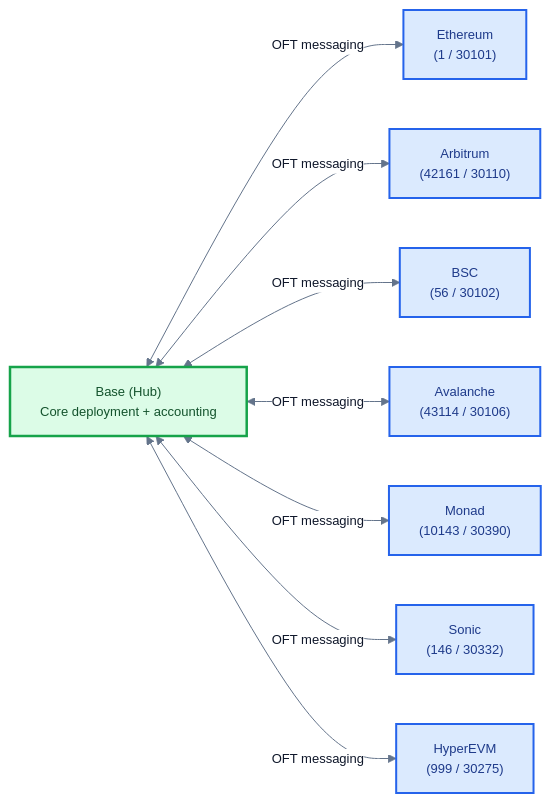
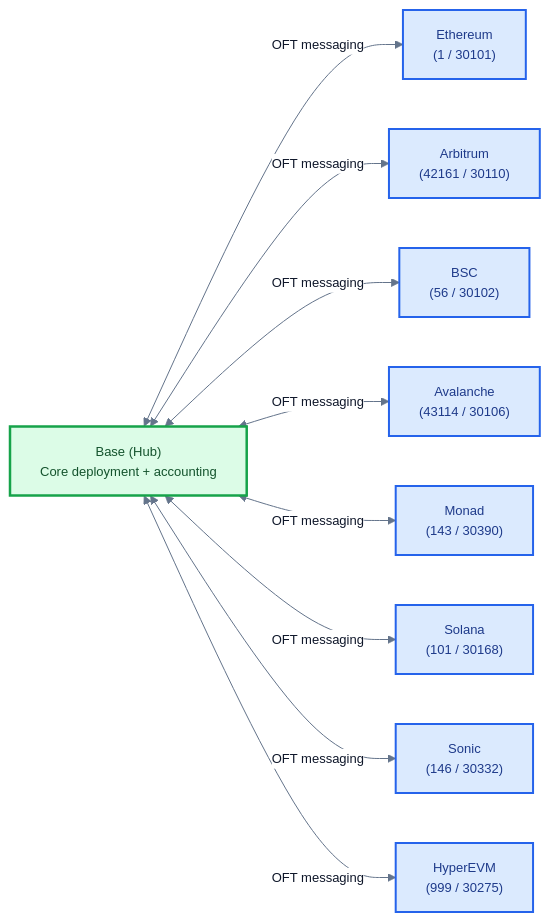
Before and after one commit to 4626fun/4626: the fourth of 4 diagrams in docs/_generated/contracts/src/README.md, drawn with Mermaid. The commit also changed other lines of this file and 59 other files, not shown here.

````diff
--- a/docs/_generated/contracts/src/README.md
+++ b/docs/_generated/contracts/src/README.md
@@ -194,26 +194,28 @@
 ```mermaid
 %%{init: {"theme":"base","themeVariables":{"fontFamily":"Inter, ui-sans-serif, system-ui","fontSize":"13px","lineColor":"#64748B","primaryColor":"#FFFFFF","primaryTextColor":"#0F172A"}}}%%
 flowchart LR
   Base["Base (Hub)\nCore deployment + accounting"]
 
   Eth["Ethereum\n(1 / 30101)"]
   Arb["Arbitrum\n(42161 / 30110)"]
   BSC["BSC\n(56 / 30102)"]
   Avax["Avalanche\n(43114 / 30106)"]
-  Monad["Monad\n(10143 / 30390)"]
+  Monad["Monad\n(143 / 30390)"]
+  Solana["Solana\n(101 / 30168)"]
   Sonic["Sonic\n(146 / 30332)"]
   Hyper["HyperEVM\n(999 / 30275)"]
 
   Base <--> |OFT messaging| Eth
   Base <--> |OFT messaging| Arb
   Base <--> |OFT messaging| BSC
   Base <--> |OFT messaging| Avax
   Base <--> |OFT messaging| Monad
+  Base <--> |OFT messaging| Solana
   Base <--> |OFT messaging| Sonic
   Base <--> |OFT messaging| Hyper
 
   classDef hub fill:#DCFCE7,stroke:#16A34A,stroke-width:2.5px,color:#14532D;
   classDef satellite fill:#DBEAFE,stroke:#2563EB,stroke-width:2px,color:#1E3A8A;
   class Base hub;
-  class Eth,Arb,BSC,Avax,Monad,Sonic,Hyper satellite;
+  class Eth,Arb,BSC,Avax,Monad,Solana,Sonic,Hyper satellite;
 ```
````
